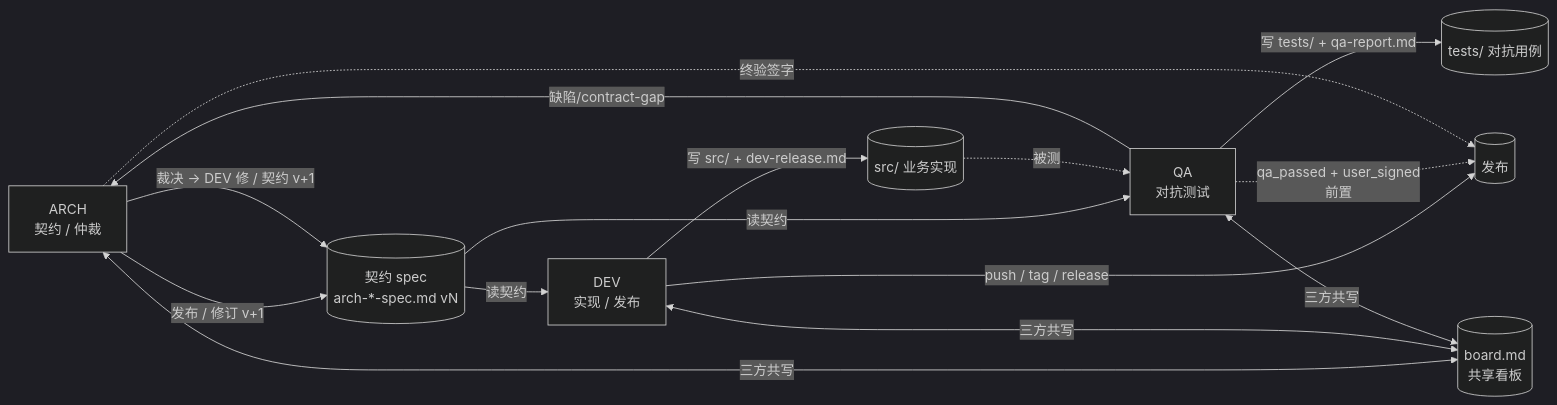
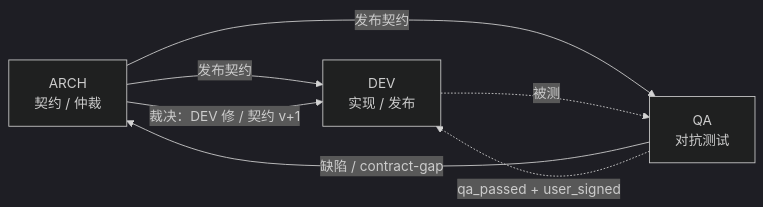
Before and after one commit to Brothercg/omp-trio-scaffold: the first of 2 diagrams in README.md, drawn with Mermaid (dark theme). The commit also changed other lines of this file, not shown here.

Commit message:
docs(arch): README §0 关系图简化——仅三角色互动

````diff
--- a/README.md
+++ b/README.md
@@ -12,25 +12,13 @@
 ```mermaid
 flowchart LR
     ARCH["ARCH<br/>契约 / 仲裁"]
     DEV["DEV<br/>实现 / 发布"]
     QA["QA<br/>对抗测试"]
-    SPEC[("契约 spec<br/>arch-*-spec.md vN")]
-    SRC[("src/ 业务实现")]
-    TESTS[("tests/ 对抗用例")]
-    BOARD[("board.md<br/>共享看板")]
 
-    ARCH -->|"发布 / 修订 v+1"| SPEC
-    SPEC -->|"读契约"| DEV
-    SPEC -->|"读契约"| QA
-    DEV -->|"写 src/ + dev-release.md"| SRC
-    QA -->|"写 tests/ + qa-report.md"| TESTS
-    SRC -.->|"被测"| QA
-    QA -->|"缺陷/contract-gap"| ARCH
-    ARCH -->|"裁决 → DEV 修 / 契约 v+1"| SPEC
-    DEV -->|"push / tag / release"| PUSH[("发布")]
-    QA -.->|"qa_passed + user_signed<br/>前置"| PUSH
-    ARCH -.->|"终验签字"| PUSH
-    ARCH <-->|"三方共写"| BOARD
-    DEV <-->|"三方共写"| BOARD
-    QA <-->|"三方共写"| BOARD
+    ARCH -->|"发布契约"| DEV
+    ARCH -->|"发布契约"| QA
+    DEV -.->|"被测"| QA
+    QA -->|"缺陷 / contract-gap"| ARCH
+    ARCH -->|"裁决：DEV 修 / 契约 v+1"| DEV
+    QA -.->|"qa_passed + user_signed"| DEV
 ```
````
